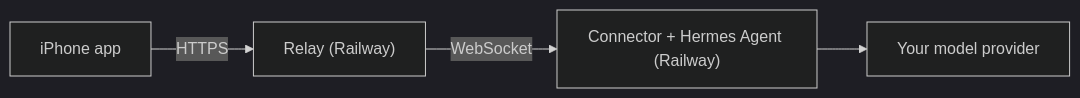
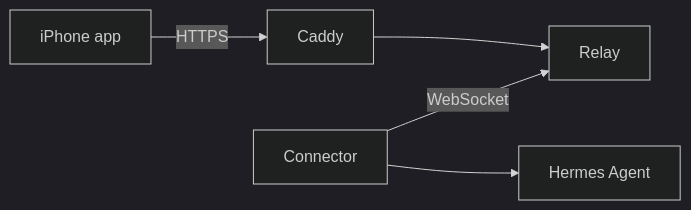
Before and after one commit to WuXu1/Hermes-iOS: the diagram in README.md, drawn with Mermaid (dark theme). The commit also changed other lines of this file and 24 other files, not shown here.

Commit message:
Deploy to a self-hosted VM with Caddy; remove the Railway setup

````diff
--- a/README.md
+++ b/README.md
@@ -19,6 +19,7 @@
 ```mermaid
 flowchart LR
-    A["iPhone app"] -->|"HTTPS"| B["Relay (Railway)"]
-    B -->|"WebSocket"| C["Connector + Hermes Agent (Railway)"]
-    C --> D["Your model provider"]
+    A["iPhone app"] -->|"HTTPS"| B["Caddy"]
+    B --> C["Relay"]
+    D["Connector"] -->|"WebSocket"| C
+    D --> E["Hermes Agent"]
 ```
````
